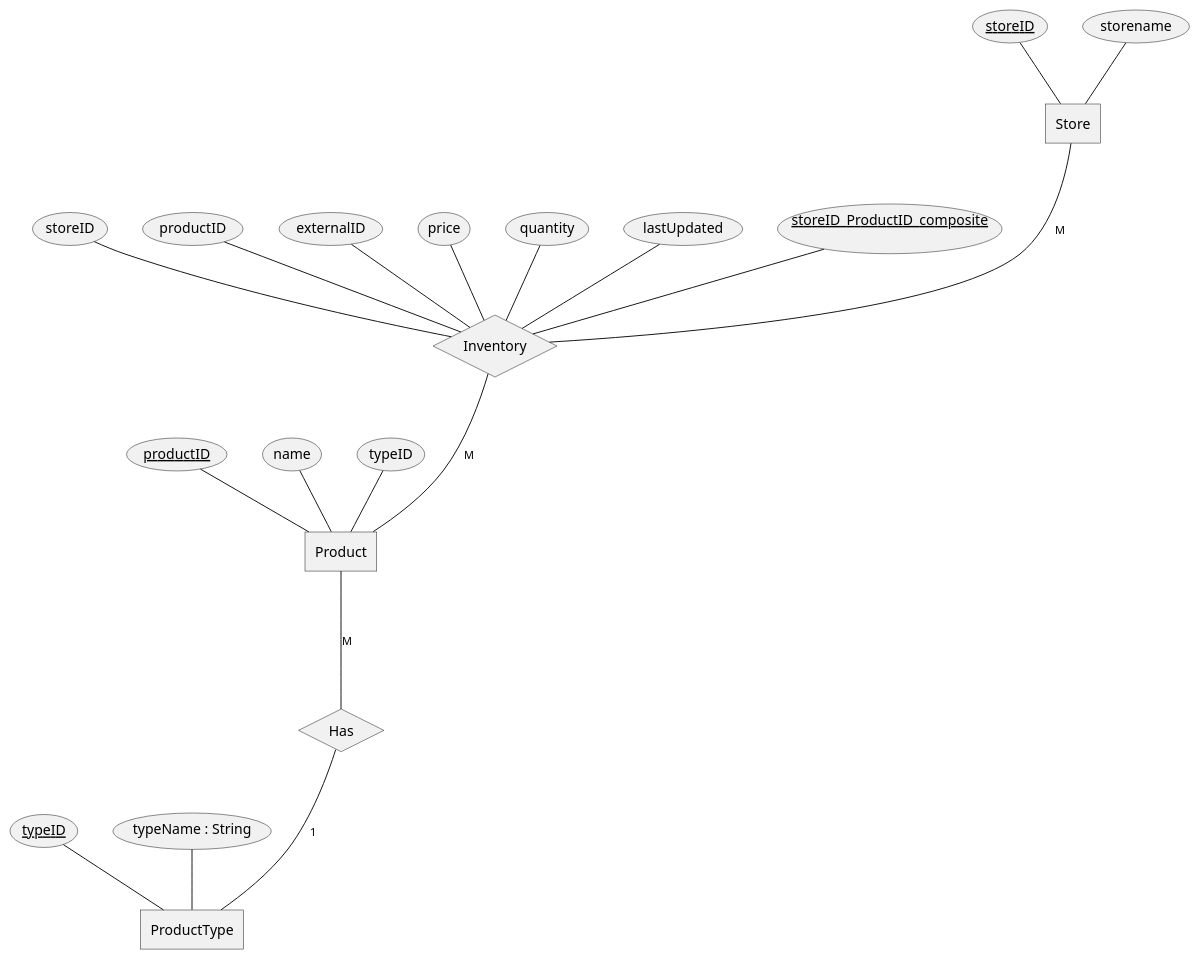
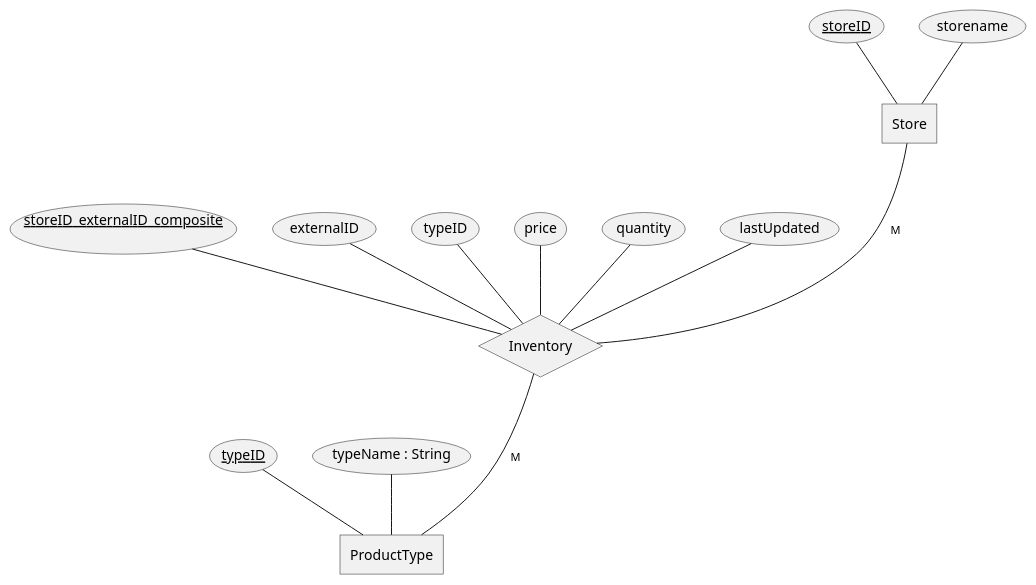
Before and after one commit to kigu25/Drop-Alert: the diagram in Diagrams/ER_Diagram.plantuml, drawn with PlantUML. The commit also changed 1 other file, not shown here.

Commit message:
Updated ER to match my new design of the project's DB

```diff
--- a/Diagrams/ER_Diagram.plantuml
+++ b/Diagrams/ER_Diagram.plantuml
@@ -1,39 +1,26 @@
-@startchen E/R Diagram For Workout Tracker
+@startchen E/R Diagram For Drop Alert
 top to bottom direction
 
 entity Store{
     storeID <<key>>
     storename
-}
-
-entity Product{
-    productID <<key>>
-    name
-    typeID
 }
 
 entity ProductType{ 
     typeID <<key>>
     typeName : String
 }
 
 relationship Inventory{
-    storeID
-    productID
+    storeID_externalID_composite <<key>>
     externalID
+    typeID
     price
     quantity
     lastUpdated
-    storeID_ProductID_composite <<key>>
-}
-
-relationship Has {
 }
 
 Store -M- Inventory
-Inventory -M- Product
-Product -M- Has
-Has -1- ProductType
-
+Inventory -M- ProductType
 
 @endchen
```
